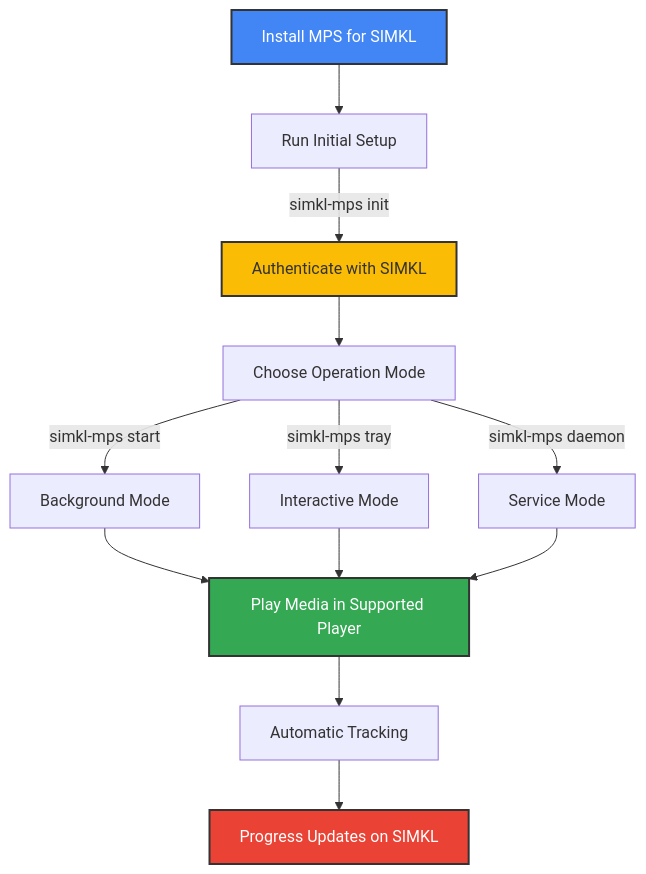
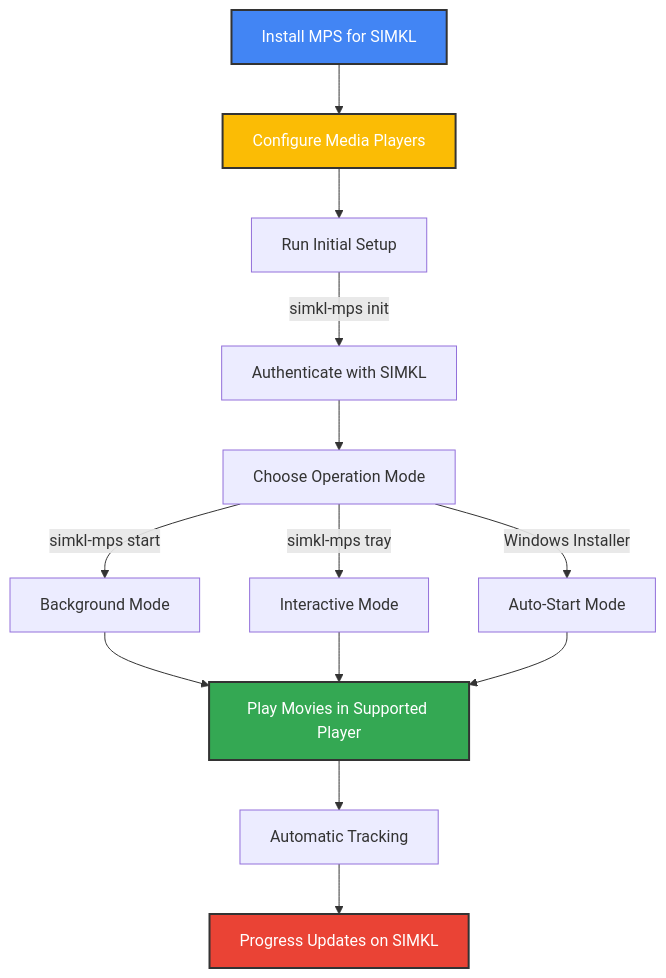
Before and after one commit to ByteTrix/Media-Player-Scrobbler-for-Simkl: the first of 3 diagrams in docs/usage.md, drawn with Mermaid. The commit also changed other lines of this file and 10 other files, not shown here.

First line of the commit message:
Enhance documentation for Media Player Scrobbler for Simkl

````diff
--- a/docs/usage.md
+++ b/docs/usage.md
@@ -30,18 +24,19 @@
 ```mermaid
 graph TD
-    A[Install MPS for SIMKL] --> B[Run Initial Setup]
-    B -->|simkl-mps init| C[Authenticate with SIMKL]
-    C --> D[Choose Operation Mode]
-    D -->|simkl-mps start| E[Background Mode]
-    D -->|simkl-mps tray| F[Interactive Mode]
-    D -->|simkl-mps daemon| G[Service Mode]
-    E --> H[Play Media in Supported Player]
-    F --> H
-    G --> H
-    H --> I[Automatic Tracking]
-    I --> J[Progress Updates on SIMKL]
+    A[Install MPS for SIMKL] --> B[Configure Media Players]
+    B --> C[Run Initial Setup]
+    C -->|simkl-mps init| D[Authenticate with SIMKL]
+    D --> E[Choose Operation Mode]
+    E -->|simkl-mps start| F[Background Mode]
+    E -->|simkl-mps tray| G[Interactive Mode]
+    E -->|Windows Installer| H[Auto-Start Mode]
+    F --> I[Play Movies in Supported Player]
+    G --> I
+    H --> I
+    I --> J[Automatic Tracking]
+    J --> K[Progress Updates on SIMKL]
     style A fill:#4285f4,stroke:#333,stroke-width:2px,color:#fff
-    style C fill:#fbbc05,stroke:#333,stroke-width:2px
-    style H fill:#34a853,stroke:#333,stroke-width:2px,color:#fff
-    style J fill:#ea4335,stroke:#333,stroke-width:2px,color:#fff
+    style B fill:#fbbc05,stroke:#333,stroke-width:2px,color:#fff
+    style I fill:#34a853,stroke:#333,stroke-width:2px,color:#fff
+    style K fill:#ea4335,stroke:#333,stroke-width:2px,color:#fff
 ```
````
